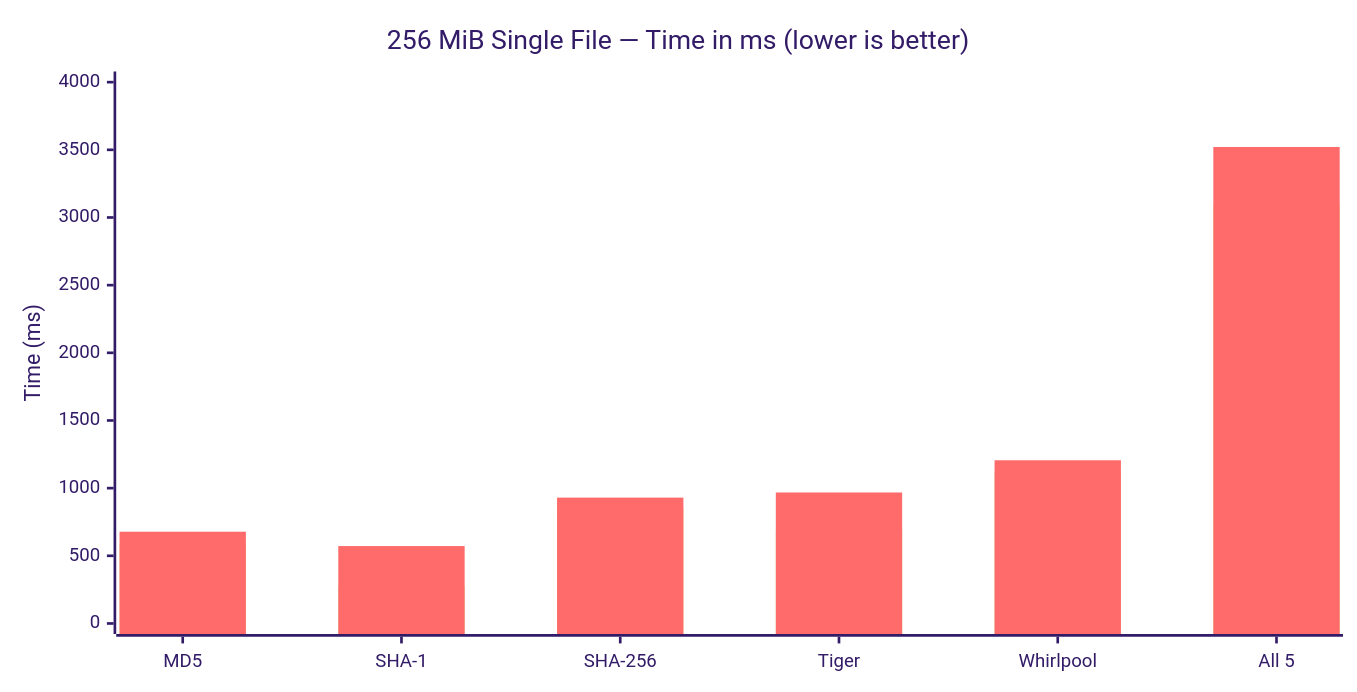
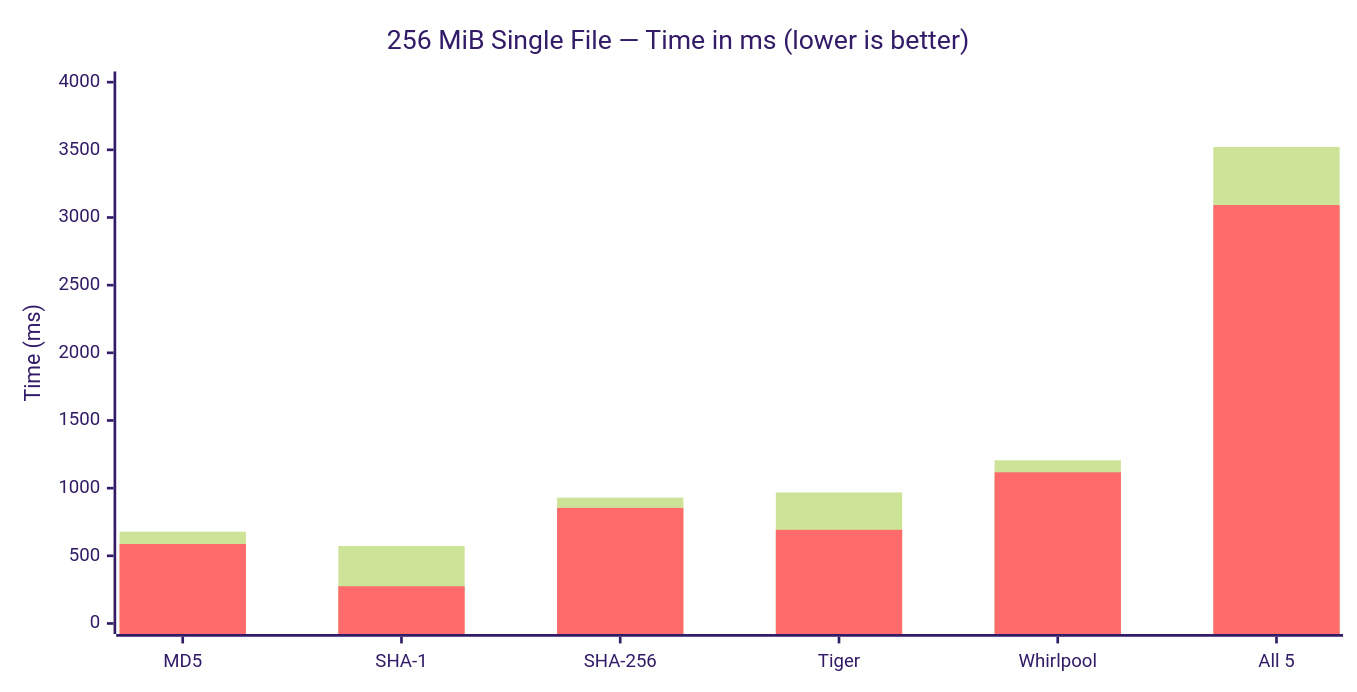
One commit to SecurityRonin/blazehash changed the first of 5 diagrams in docs/benchmarks.md. Above: the diagram before and after it, drawn with Mermaid (forest theme). The commit also changed other lines of this file, not shown here.

First line of the commit message:
docs: consistent chart ordering — hashdeep behind, blazehash in front

````diff
--- a/docs/benchmarks.md
+++ b/docs/benchmarks.md
@@ -39,13 +39,13 @@
 ```mermaid
 ---
 config:
     xyChart:
         width: 1000
 ---
 xychart-beta
     title "256 MiB Single File — Time in ms (lower is better)"
     x-axis ["MD5", "SHA-1", "SHA-256", "Tiger", "Whirlpool", "All 5"]
     y-axis "Time (ms)" 0 --> 4000
+    bar "hashdeep" [678, 572, 930, 968, 1206, 3521]
     bar "blazehash" [587, 275, 854, 692, 1117, 3092]
-    bar "hashdeep" [678, 572, 930, 968, 1206, 3521]
 ```
````
